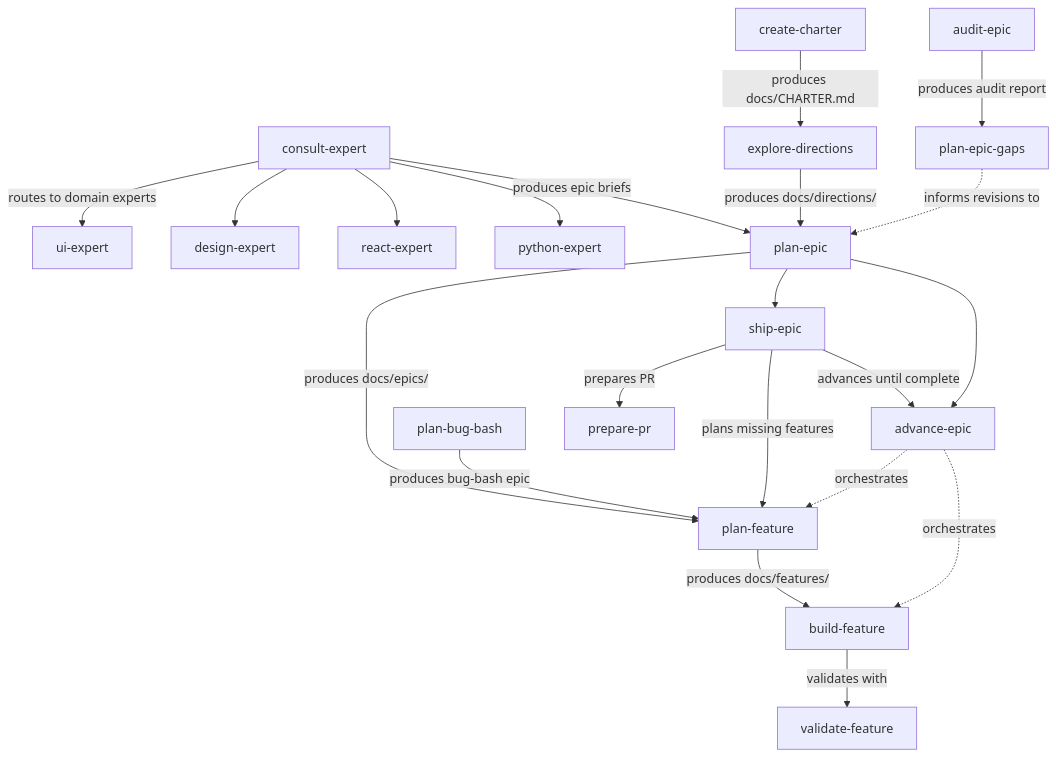
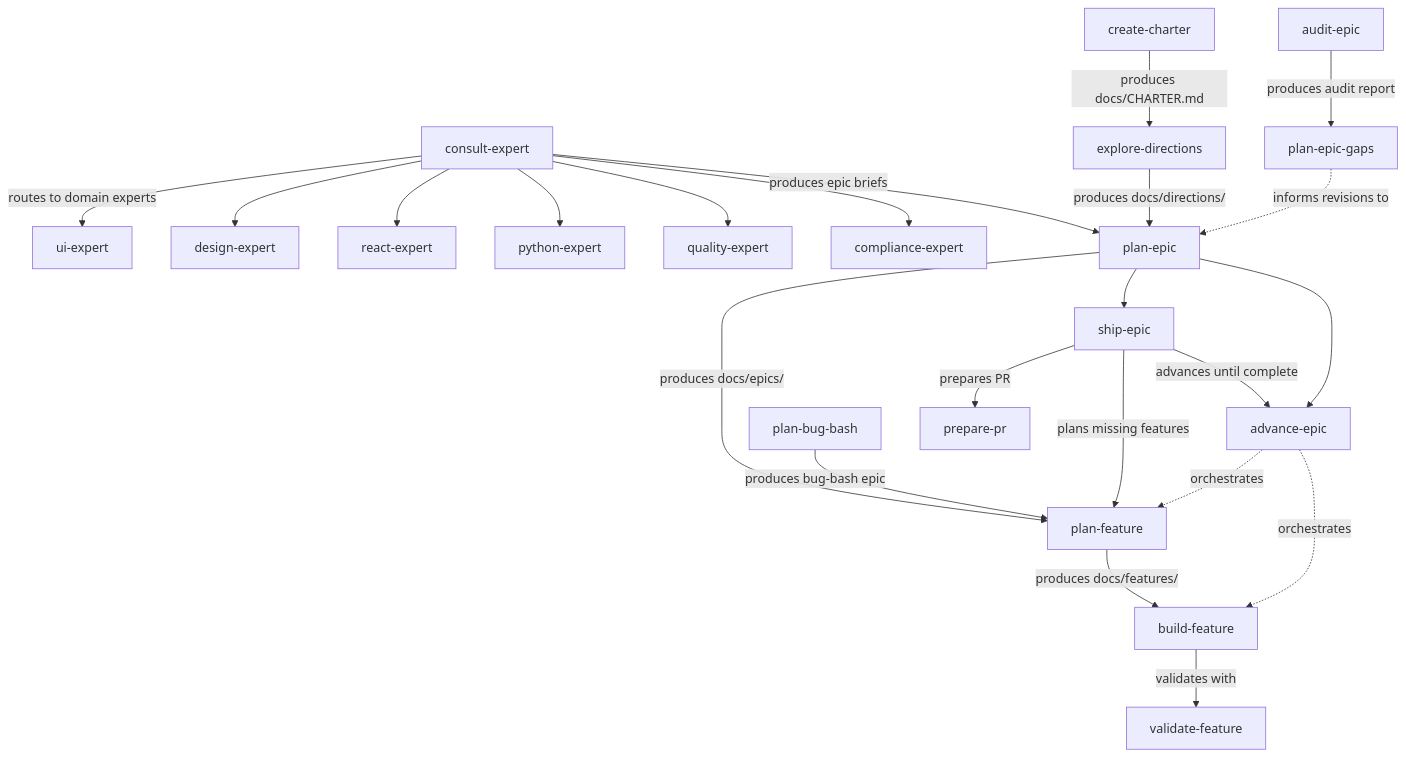
The third of 13 diagrams in README.md (pnewsam/skills), drawn with Mermaid before and after one commit. The commit also changed other lines of this file and 27 other files, not shown here.

Commit message:
compliance and quality skills, readme updates

````diff
--- a/README.md
+++ b/README.md
@@ -95,23 +108,25 @@
 ```mermaid
 flowchart TD
     CE[consult-expert] -->|routes to domain experts| UE[ui-expert]
     CE --> DX[design-expert]
     CE --> RE[react-expert]
     CE --> PY[python-expert]
+    CE --> QE[quality-expert]
+    CE --> CX[compliance-expert]
     CE -->|produces epic briefs| PE
     CC[create-charter] -->|produces docs/CHARTER.md| ED[explore-directions]
     ED -->|produces docs/directions/| PE[plan-epic]
     PE -->|produces docs/epics/| PF[plan-feature]
     PBB[plan-bug-bash] -->|produces bug-bash epic| PF
     PE --> SP[ship-epic]
     SP -->|plans missing features| PF
     SP -->|advances until complete| AE
     SP -->|prepares PR| PPR[prepare-pr]
     PF -->|produces docs/features/| BF[build-feature]
     BF -->|validates with| VF[validate-feature]
     PE --> AE[advance-epic]
     AE -.->|orchestrates| PF
     AE -.->|orchestrates| BF
     AE2[audit-epic] -->|produces audit report| PEG[plan-epic-gaps]
     PEG -.->|informs revisions to| PE
 ```
````
